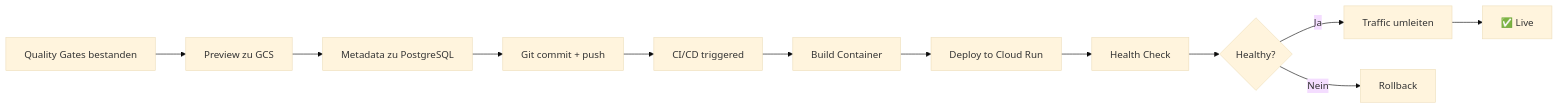
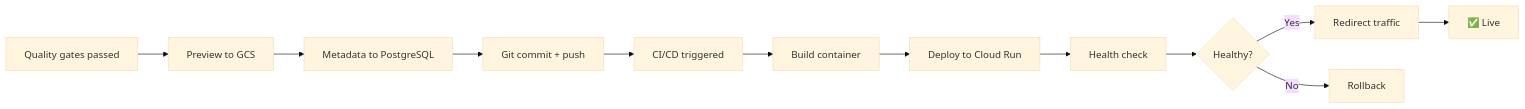
One commit to MarkusNeusinger/pyplots changed the ninth of 9 diagrams in docs/workflow.md. Above: the diagram before and after it, drawn with Mermaid (base theme). The commit also changed other lines of this file, not shown here.

````diff
--- a/docs/workflow.md
+++ b/docs/workflow.md
@@ -584,14 +584,14 @@
 ```mermaid
 graph LR
-    A[Quality Gates bestanden] --> B[Preview zu GCS]
-    B --> C[Metadata zu PostgreSQL]
+    A[Quality gates passed] --> B[Preview to GCS]
+    B --> C[Metadata to PostgreSQL]
     C --> D[Git commit + push]
     D --> E[CI/CD triggered]
-    E --> F[Build Container]
+    E --> F[Build container]
     F --> G[Deploy to Cloud Run]
-    G --> H[Health Check]
+    G --> H[Health check]
     H --> I{Healthy?}
-    I -->|Ja| J[Traffic umleiten]
-    I -->|Nein| K[Rollback]
+    I -->|Yes| J[Redirect traffic]
+    I -->|No| K[Rollback]
     J --> L[✅ Live]
 ```
````
